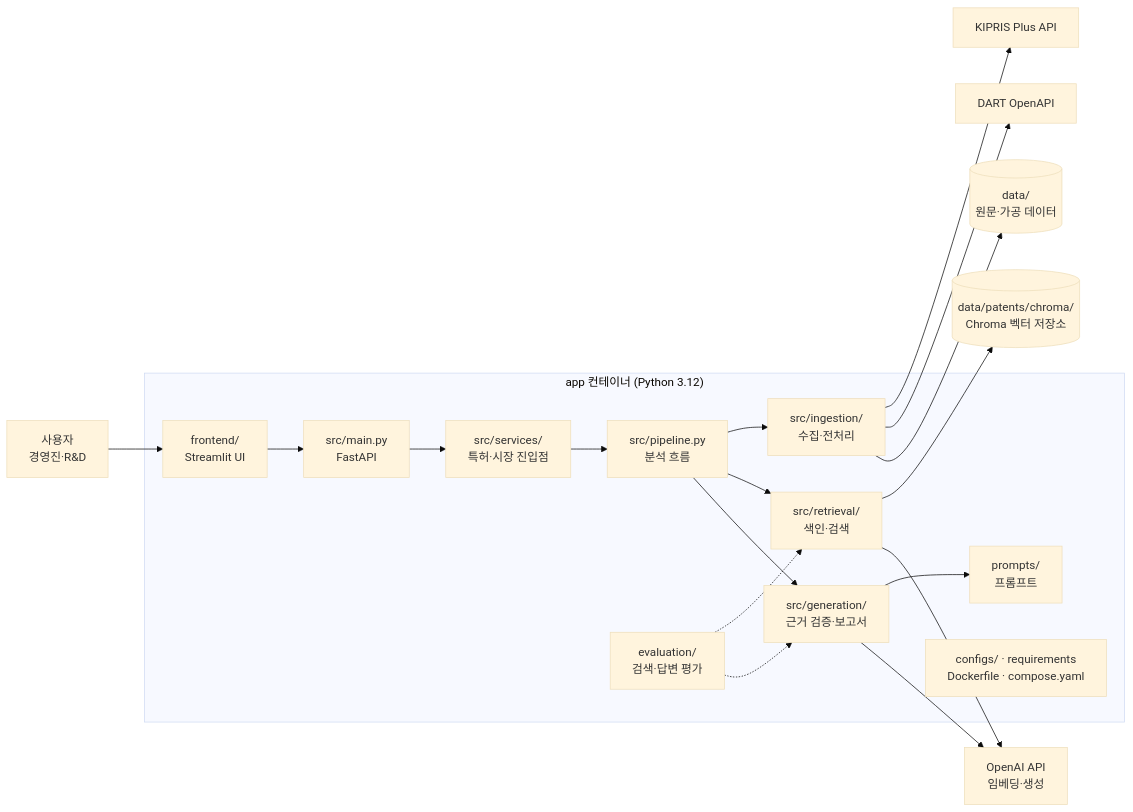
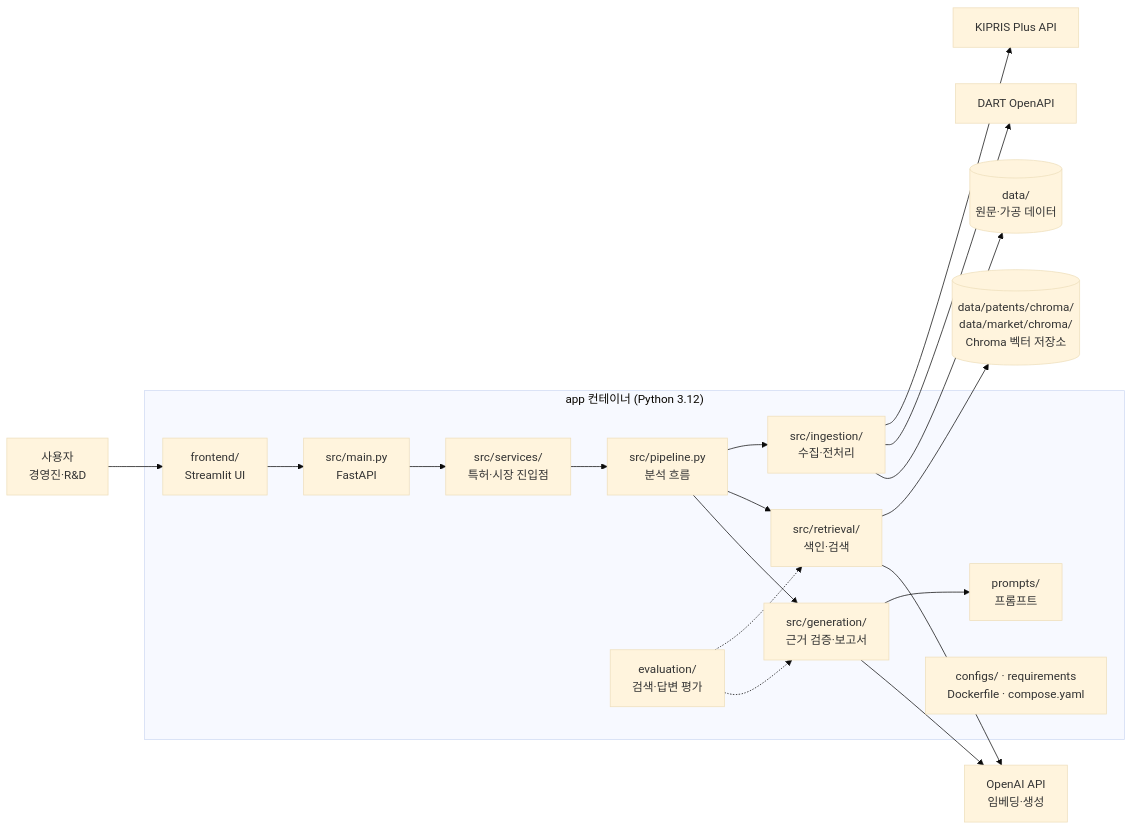
Before and after one commit to LG-CNS-RAG-Project1/LG-CNS-RAG-Project: the diagram in docs/architecture.md, drawn with Mermaid (base theme). The commit also changed other lines of this file and 1 other file, not shown here.

````diff
--- a/docs/architecture.md
+++ b/docs/architecture.md
@@ -9,58 +9,58 @@
 ```mermaid
 flowchart LR
   user["사용자<br/>경영진·R&D"]
 
   subgraph app["app 컨테이너 (Python 3.12)"]
     frontend["frontend/<br/>Streamlit UI"]
     api["src/main.py<br/>FastAPI"]
     services["src/services/<br/>특허·시장 진입점"]
     pipeline["src/pipeline.py<br/>분석 흐름"]
     ingestion["src/ingestion/<br/>수집·전처리"]
     retrieval["src/retrieval/<br/>색인·검색"]
     generation["src/generation/<br/>근거 검증·보고서"]
     prompts["prompts/<br/>프롬프트"]
     evaluation["evaluation/<br/>검색·답변 평가"]
     runtime["configs/ · requirements<br/>Dockerfile · compose.yaml"]
   end
 
-  chroma[("data/patents/chroma/<br/>Chroma 벡터 저장소")]
+  chroma[("data/patents/chroma/<br/>data/market/chroma/<br/>Chroma 벡터 저장소")]
   datastore[("data/<br/>원문·가공 데이터")]
   kipris["KIPRIS Plus API"]
   dart["DART OpenAPI"]
   openai["OpenAI API<br/>임베딩·생성"]
 
   user --> frontend
   frontend --> api
   api --> services
   services --> pipeline
   pipeline --> ingestion
   pipeline --> retrieval
   pipeline --> generation
   ingestion --> kipris
   ingestion --> dart
   ingestion --> datastore
   retrieval --> chroma
   retrieval --> openai
   generation --> prompts
   generation --> openai
   evaluation -.-> retrieval
   evaluation -.-> generation
 
   %% map frontend/ frontend
   %% map src/main.py api
   %% map src/services/ services
   %% map src/pipeline.py pipeline
   %% map src/schemas.py pipeline
   %% map src/ingestion/ ingestion
   %% map scripts/collect_patents.py ingestion
   %% map src/retrieval/ retrieval
   %% map scripts/build_patent_index.py retrieval
   %% map src/generation/ generation
   %% map prompts/ prompts
   %% map evaluation/ evaluation
   %% map configs/ runtime
   %% map Dockerfile runtime
   %% map compose.yaml runtime
   %% map requirements.txt runtime
   %% map requirements-dev.txt runtime
 ```
````
